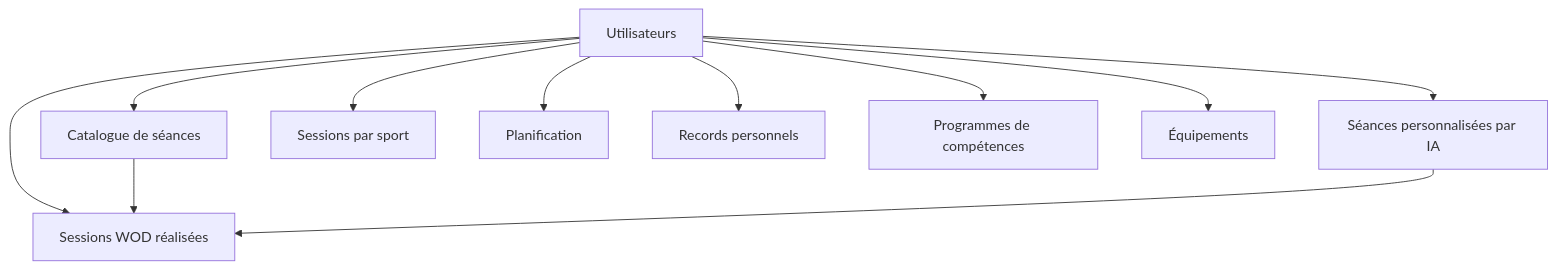
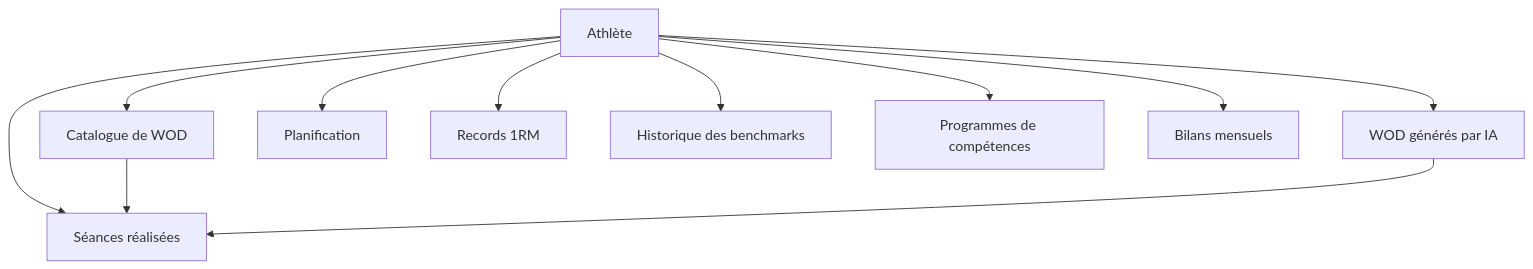
The diagram in docs/schema-base-de-donnees.md (Dawie33/training-camp), drawn with Mermaid before and after one commit. The commit also changed other lines of this file and 8 other files, not shown here.

````diff
--- a/docs/schema-base-de-donnees.md
+++ b/docs/schema-base-de-donnees.md
@@ -7,13 +7,13 @@
 ```mermaid
 graph TD
-    U[Utilisateurs] --> W[Catalogue de séances]
-    U --> P[Séances personnalisées par IA]
-    U --> S[Sessions WOD réalisées]
-    U --> SP[Sessions par sport]
+    U[Athlète] --> C[Catalogue de WOD]
+    U --> P[WOD générés par IA]
+    U --> S[Séances réalisées]
     U --> PL[Planification]
-    U --> RM[Records personnels]
+    U --> RM[Records 1RM]
+    U --> B[Historique des benchmarks]
     U --> SK[Programmes de compétences]
-    U --> EQ[Équipements]
-    W --> S
+    U --> R[Bilans mensuels]
+    C --> S
     P --> S
 ```
````
